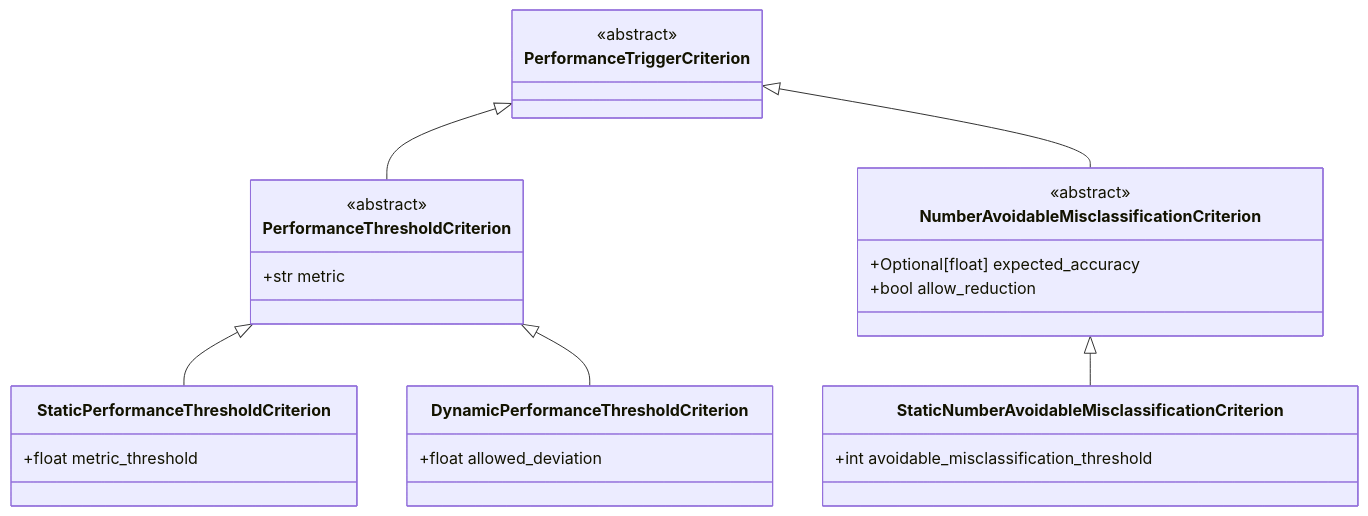
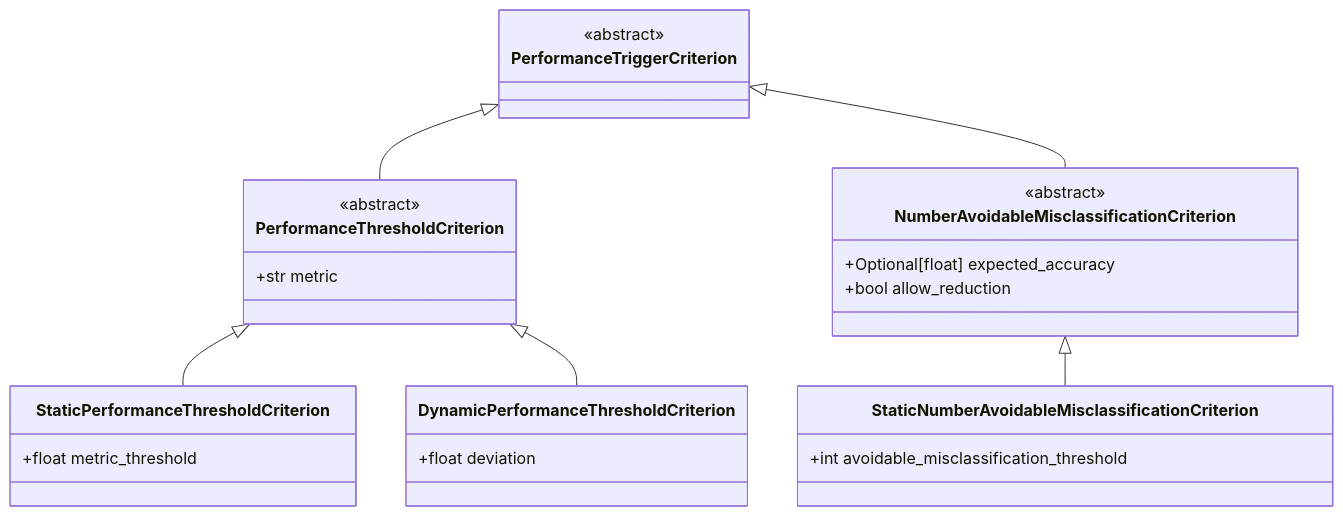
The third of 4 diagrams in docs/pipeline/triggers/PERFORMANCE_TRIGGER.md (eth-easl/modyn), drawn with Mermaid before and after one commit. The commit also changed 4 other files, not shown here.

````diff
--- a/docs/pipeline/triggers/PERFORMANCE_TRIGGER.md
+++ b/docs/pipeline/triggers/PERFORMANCE_TRIGGER.md
@@ -107,36 +107,36 @@
 ```mermaid
 classDiagram
     class PerformanceTriggerCriterion {
         <<abstract>>
     }
 
     class PerformanceThresholdCriterion {
         <<abstract>>
         +str metric
     }
 
     class StaticPerformanceThresholdCriterion {
         +float metric_threshold
     }
 
     class DynamicPerformanceThresholdCriterion {
-        +float allowed_deviation
+        +float deviation
     }
 
     class NumberAvoidableMisclassificationCriterion {
         <<abstract>>
         +Optional[float] expected_accuracy
         +bool allow_reduction
     }
 
     class StaticNumberAvoidableMisclassificationCriterion {
         +int avoidable_misclassification_threshold
     }
 
     PerformanceThresholdCriterion <|-- StaticPerformanceThresholdCriterion
     PerformanceThresholdCriterion <|-- DynamicPerformanceThresholdCriterion
     PerformanceTriggerCriterion <|-- PerformanceThresholdCriterion
     PerformanceTriggerCriterion <|-- NumberAvoidableMisclassificationCriterion
     NumberAvoidableMisclassificationCriterion <|-- StaticNumberAvoidableMisclassificationCriterion
 
 ```
````
